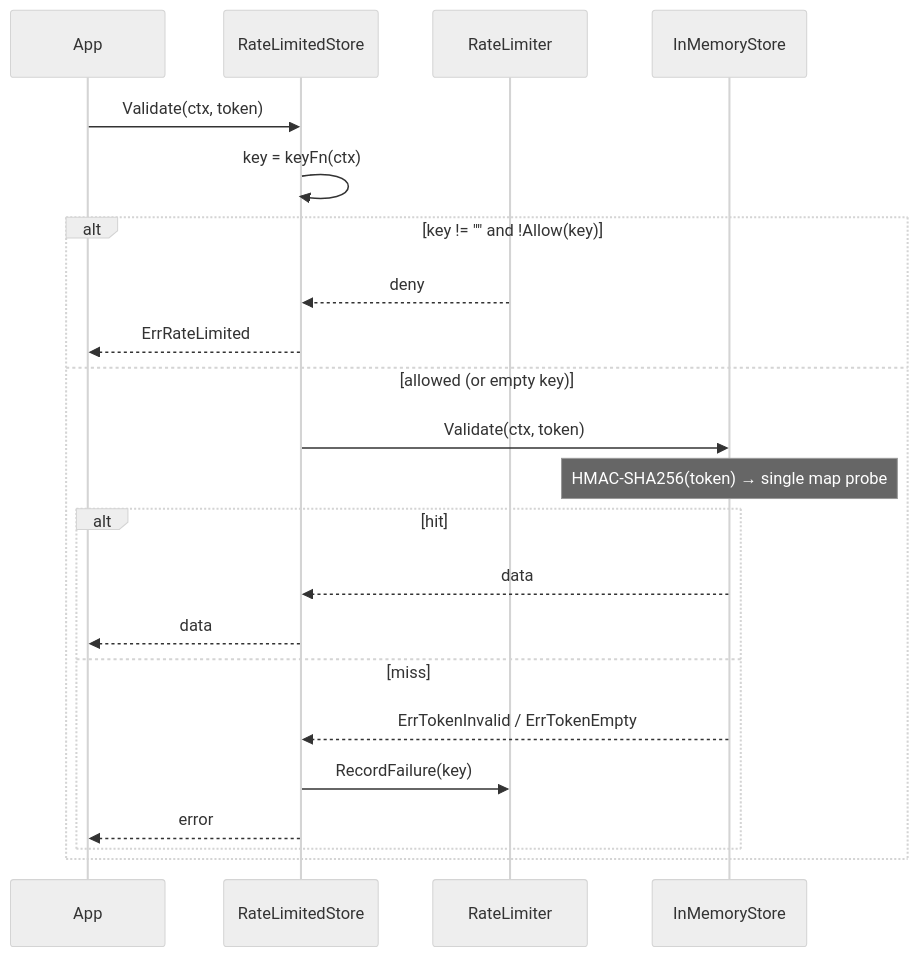
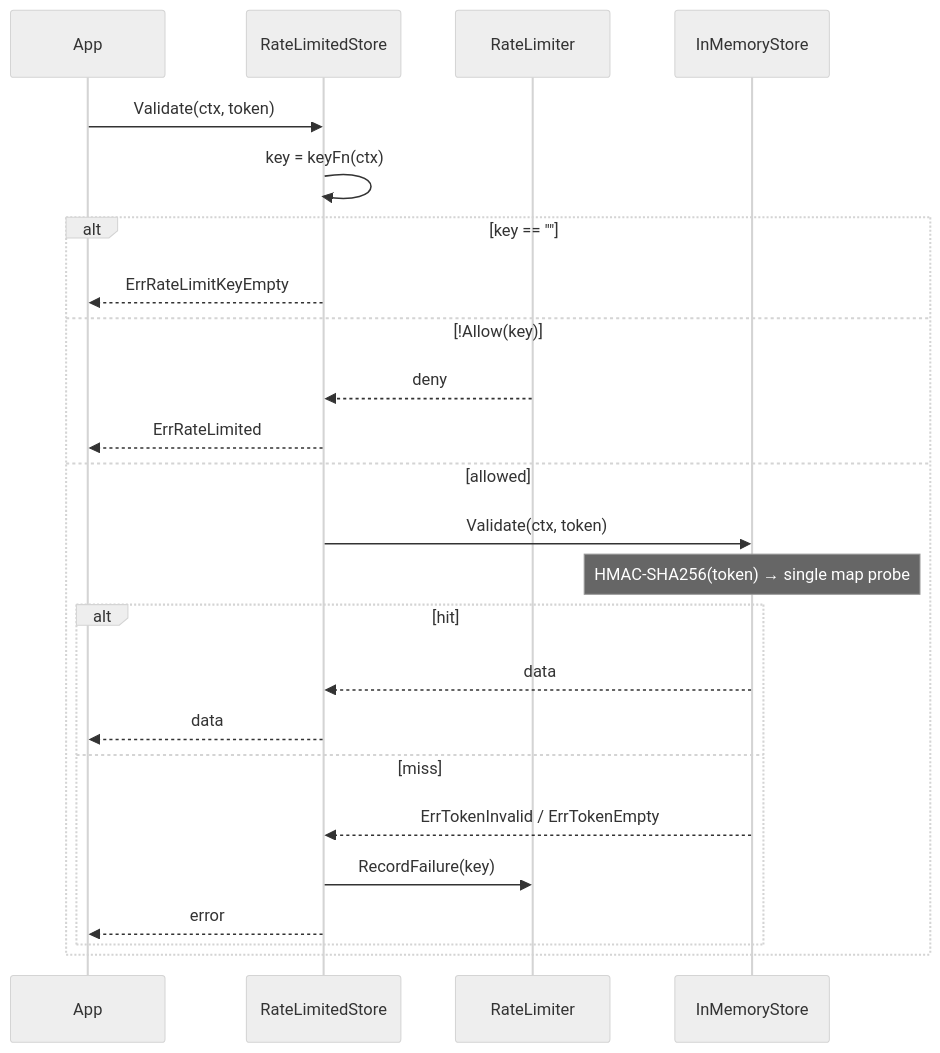
Before and after one commit to altessa-s/go-atlas: the second of 2 diagrams in docs/auth/static.md, drawn with Mermaid (neutral theme). The commit also changed other lines of this file and 7 other files, not shown here.

First line of the commit message:
fix(transport/grpc): map an empty rate-limit key to Unauthenticated with a stable audit reason

````diff
--- a/docs/auth/static.md
+++ b/docs/auth/static.md
@@ -82,24 +82,26 @@
 ```mermaid
 sequenceDiagram
     participant App
     participant RLS as RateLimitedStore
     participant L as RateLimiter
     participant S as InMemoryStore
     App->>RLS: Validate(ctx, token)
     RLS->>RLS: key = keyFn(ctx)
-    alt key != "" and !Allow(key)
+    alt key == ""
+        RLS-->>App: ErrRateLimitKeyEmpty
+    else !Allow(key)
         L-->>RLS: deny
         RLS-->>App: ErrRateLimited
-    else allowed (or empty key)
+    else allowed
         RLS->>S: Validate(ctx, token)
         Note over S: HMAC-SHA256(token) → single map probe
         alt hit
             S-->>RLS: data
             RLS-->>App: data
         else miss
             S-->>RLS: ErrTokenInvalid / ErrTokenEmpty
             RLS->>L: RecordFailure(key)
             RLS-->>App: error
         end
     end
 ```
````
